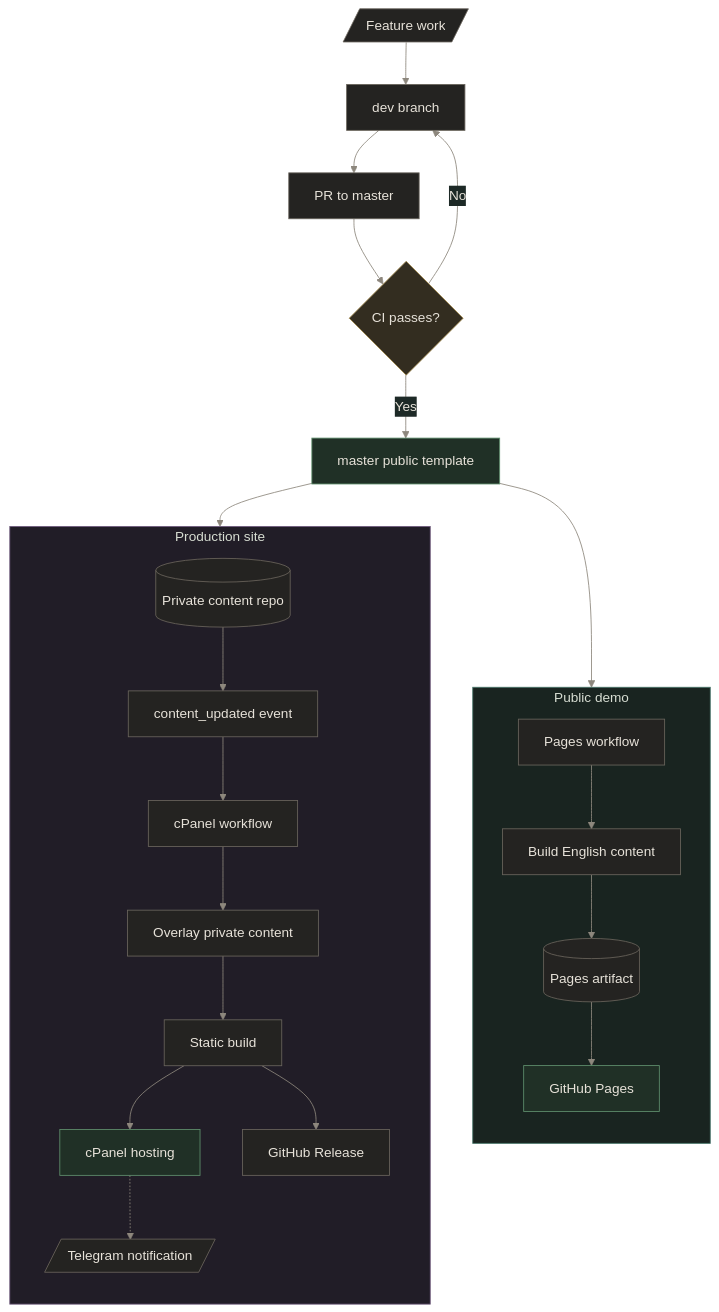
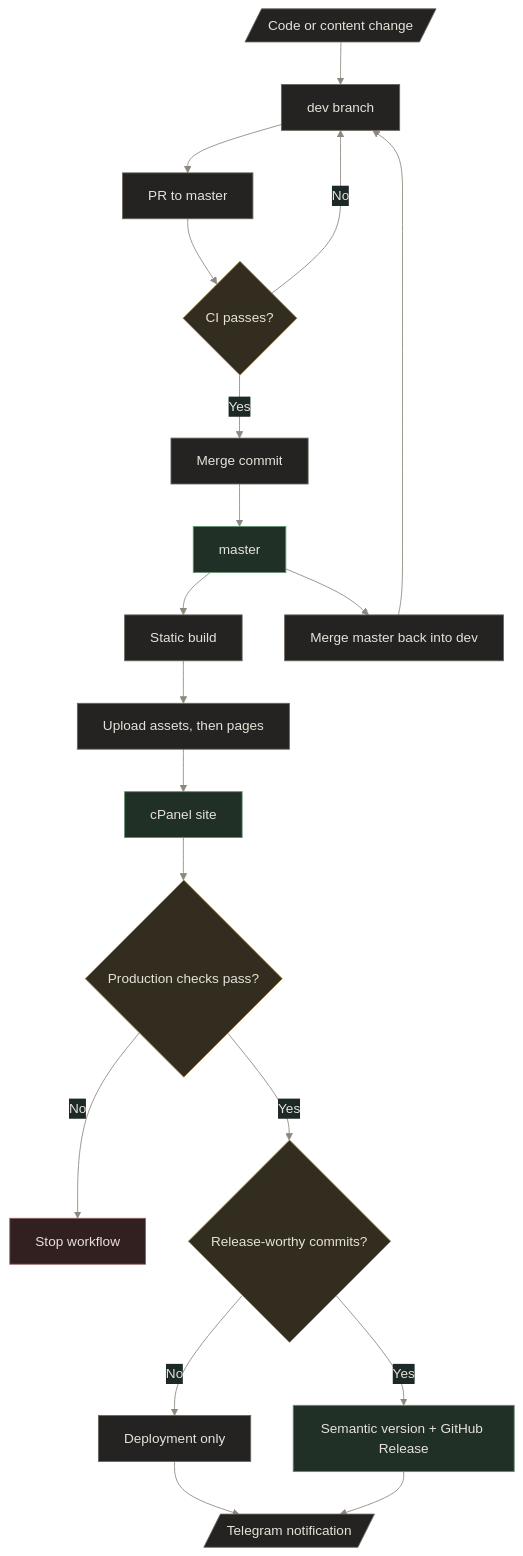
The diagram in docs/project-flow.mmd (hgthaii/tblog), drawn with Mermaid before and after one commit. The commit also changed 55 other files, not shown here.

Commit message:
feat(site): consolidate personal blog workflow

```diff
--- a/docs/project-flow.mmd
+++ b/docs/project-flow.mmd
@@ -1,55 +1,45 @@
 %%{init: {"theme": "base", "themeVariables": {"background": "#141414", "primaryColor": "#242321", "primaryTextColor": "#e7e2d9", "primaryBorderColor": "#69645c", "lineColor": "#8d877d", "secondaryColor": "#1d2926", "tertiaryColor": "#28222d", "clusterBkg": "#1a1918", "clusterBorder": "#4c4842", "fontFamily": "ui-monospace, SFMono-Regular, Menlo, monospace"}}}%%
 flowchart TB
-    feature[/Feature work/]
-    devBranch[dev branch]
-    pullRequest[PR to master]
-    ciCheck{CI passes?}
-    masterBranch[master public template]
+    work[/Code or content change/]
+    dev[dev branch]
+    pr[PR to master]
+    ci{CI passes?}
+    merge[Merge commit]
+    master[master]
+    build[Static build]
+    upload[Upload assets, then pages]
+    production[cPanel site]
+    verify{Production checks pass?}
+    stop[Stop workflow]
+    releaseCheck{Release-worthy commits?}
+    noRelease[Deployment only]
+    semanticRelease[Semantic version + GitHub Release]
+    telegram[/Telegram notification/]
+    sync[Merge master back into dev]
 
-    feature --> devBranch
-    devBranch --> pullRequest
-    pullRequest --> ciCheck
-    ciCheck -->|"No"| devBranch
-    ciCheck -->|"Yes"| masterBranch
+    work --> dev
+    dev --> pr
+    pr --> ci
+    ci -->|No| dev
+    ci -->|Yes| merge
+    merge --> master
+    master --> build
+    build --> upload
+    upload --> production
+    production --> verify
+    verify -->|No| stop
+    verify -->|Yes| releaseCheck
+    releaseCheck -->|No| noRelease
+    releaseCheck -->|Yes| semanticRelease
+    noRelease --> telegram
+    semanticRelease --> telegram
+    master --> sync
+    sync --> dev
 
-    subgraph publicFlow ["Public demo"]
-        direction TB
-        pagesAction[Pages workflow]
-        publicBuild[Build English content]
-        pagesArtifact[(Pages artifact)]
-        githubPages[GitHub Pages]
-
-        pagesAction --> publicBuild
-        publicBuild --> pagesArtifact
-        pagesArtifact --> githubPages
-    end
-
-    subgraph privateFlow ["Production site"]
-        direction TB
-        contentRepo[(Private content repo)]
-        dispatchEvent[content_updated event]
-        cpanelAction[cPanel workflow]
-        contentOverlay[Overlay private content]
-        privateBuild[Static build]
-        cpanelHost[cPanel hosting]
-        githubRelease[GitHub Release]
-        telegramNotify[/Telegram notification/]
-
-        contentRepo --> dispatchEvent
-        dispatchEvent --> cpanelAction
-        cpanelAction --> contentOverlay
-        contentOverlay --> privateBuild
-        privateBuild --> cpanelHost
-        privateBuild --> githubRelease
-        cpanelHost -.-> telegramNotify
-    end
-
-    masterBranch --> pagesAction
-    masterBranch --> cpanelAction
-
-    style publicFlow fill:#192420,stroke:#477469
-    style privateFlow fill:#211d27,stroke:#6f5b7d
-    style ciCheck fill:#332d20,stroke:#a28a4d
-    style masterBranch fill:#203026,stroke:#5f8f6d
-    style githubPages fill:#203026,stroke:#5f8f6d
-    style cpanelHost fill:#203026,stroke:#5f8f6d
+    style ci fill:#332d20,stroke:#a28a4d
+    style verify fill:#332d20,stroke:#a28a4d
+    style releaseCheck fill:#332d20,stroke:#a28a4d
+    style stop fill:#321f1f,stroke:#925c5c
+    style master fill:#203026,stroke:#5f8f6d
+    style production fill:#203026,stroke:#5f8f6d
+    style semanticRelease fill:#203026,stroke:#5f8f6d
```
